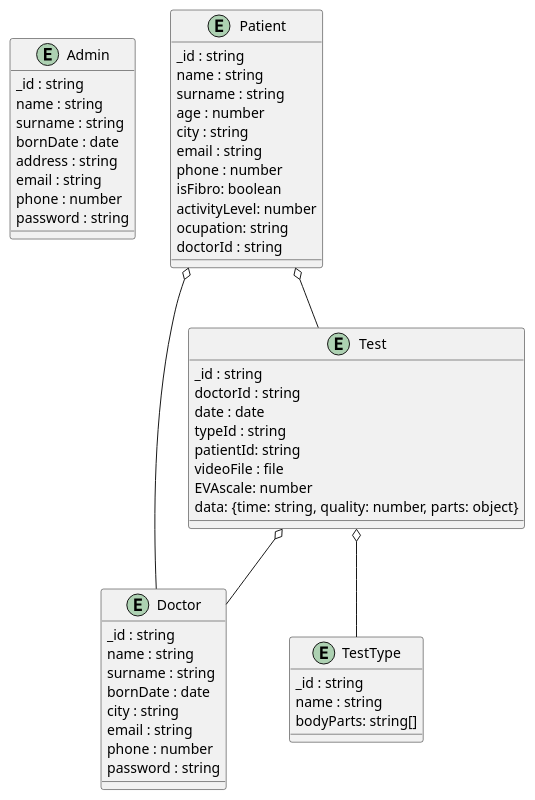
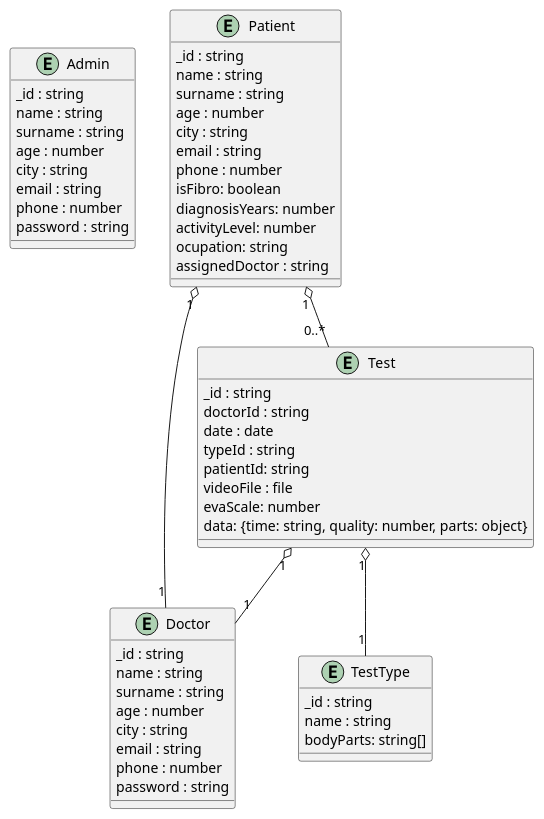
The second of 5 diagrams in templateAPP/input/appendices/03_diagramas.md (TFG-SGM/memoria), drawn with PlantUML before and after one commit. The commit also changed other lines of this file and 73 other files, not shown here.

````diff
--- a/templateAPP/input/appendices/03_diagramas.md
+++ b/templateAPP/input/appendices/03_diagramas.md
@@ -44,64 +45,65 @@
 ```{.plantuml #anexo3:diagrama-bd caption="Diagrama de base de datos" frame=single}
 @startuml
 
 entity Admin{
 _id : string
 name : string
 surname : string
-bornDate : date
-address : string 
+age : number
+city : string 
 email : string
 phone : number
 password : string
 }
 
 entity Doctor{
 _id : string
 name : string
 surname : string
-bornDate : date
+age : number
 city : string 
 email : string
 phone : number
 password : string
 }
 
 entity Patient{
 _id : string
 name : string
 surname : string
 age : number
 city : string 
 email : string
 phone : number
 isFibro: boolean
+diagnosisYears: number
 activityLevel: number
 ocupation: string
-doctorId : string
+assignedDoctor : string
 }
 
 entity Test {
 _id : string
 doctorId : string
 date : date
 typeId : string
 patientId: string
 videoFile : file
-EVAscale: number
+evaScale: number
 data: {time: string, quality: number, parts: object}
 }
 
 entity TestType {
 _id : string
 name : string
 bodyParts: string[]
 }
 
 
-Patient o-- Doctor
-Patient o-- Test
-Test o-- Doctor
-Test o-- TestType
+Patient "1" o-- "1" Doctor
+Patient "1" o-- "0..*" Test
+Test "1" o-- "1" Doctor
+Test "1" o-- "1" TestType
 
 @enduml
 ```
````
